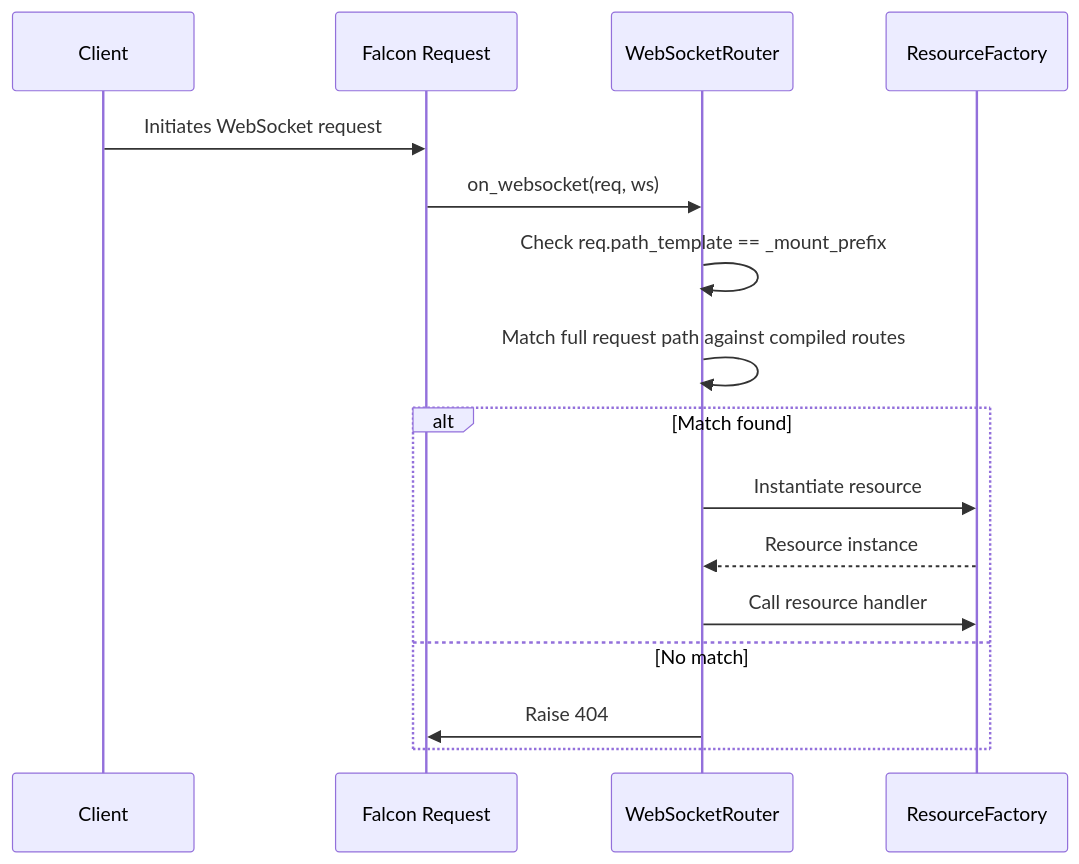
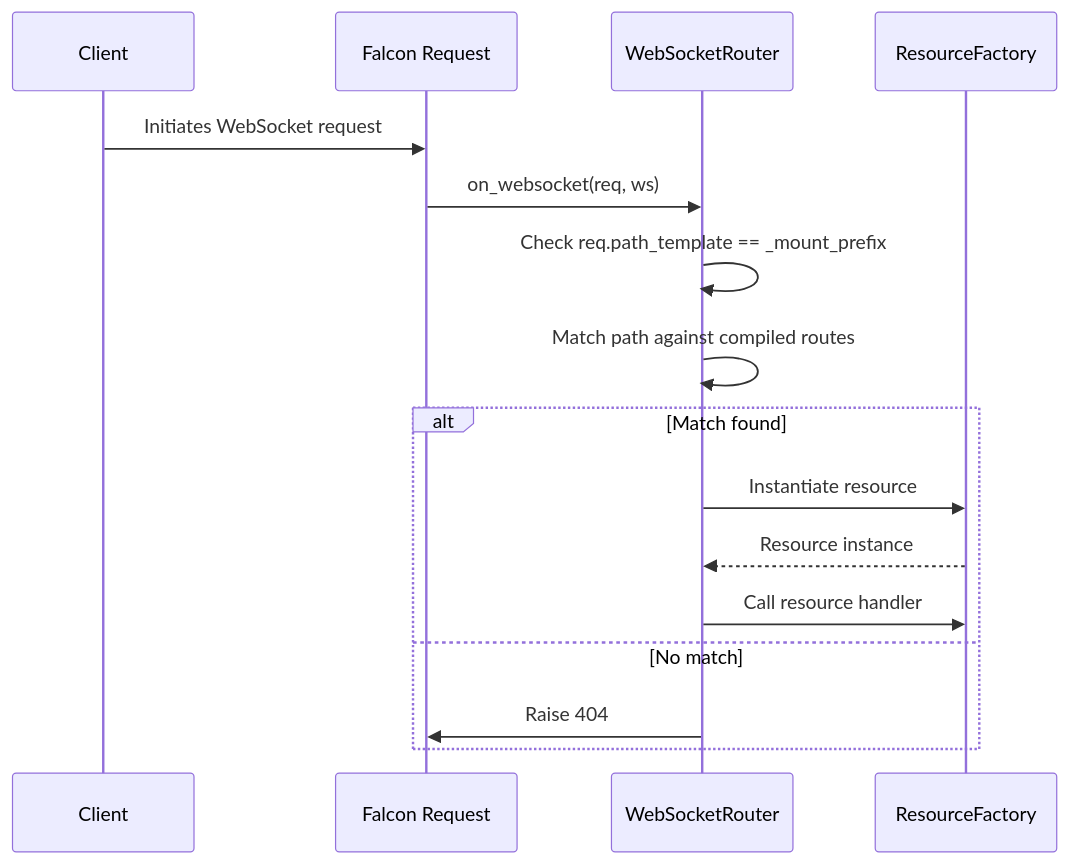
Before and after one commit to leynos/falcon-pachinko: the seventh of 13 diagrams in docs/falcon-websocket-extension-design.md, drawn with Mermaid. The commit also changed other lines of this file and 21 other files, not shown here.

First line of the commit message:
Align roadmap with the roadmap grammar (#119)

````diff
--- a/docs/falcon-websocket-extension-design.md
+++ b/docs/falcon-websocket-extension-design.md
@@ -1061,19 +1132,19 @@
 ```mermaid
 sequenceDiagram
     participant Client
     participant FalconRequest as Falcon Request
     participant WebSocketRouter
     participant ResourceFactory
 
     Client->>FalconRequest: Initiates WebSocket request
     FalconRequest->>WebSocketRouter: on_websocket(req, ws)
     WebSocketRouter->>WebSocketRouter: Check req.path_template == _mount_prefix
-    WebSocketRouter->>WebSocketRouter: Match full request path against compiled routes
+    WebSocketRouter->>WebSocketRouter: Match path against compiled routes
     alt Match found
         WebSocketRouter->>ResourceFactory: Instantiate resource
         ResourceFactory-->>WebSocketRouter: Resource instance
         WebSocketRouter->>ResourceFactory: Call resource handler
     else No match
         WebSocketRouter->>FalconRequest: Raise 404
     end
 ```
````
